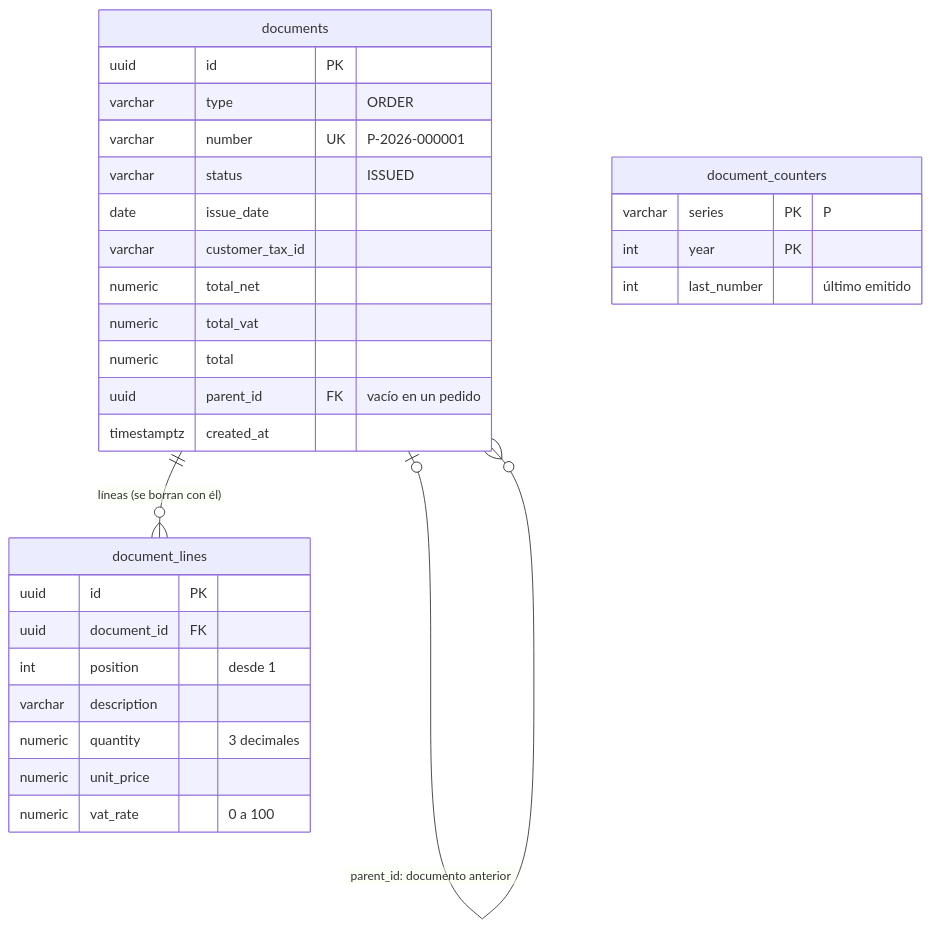
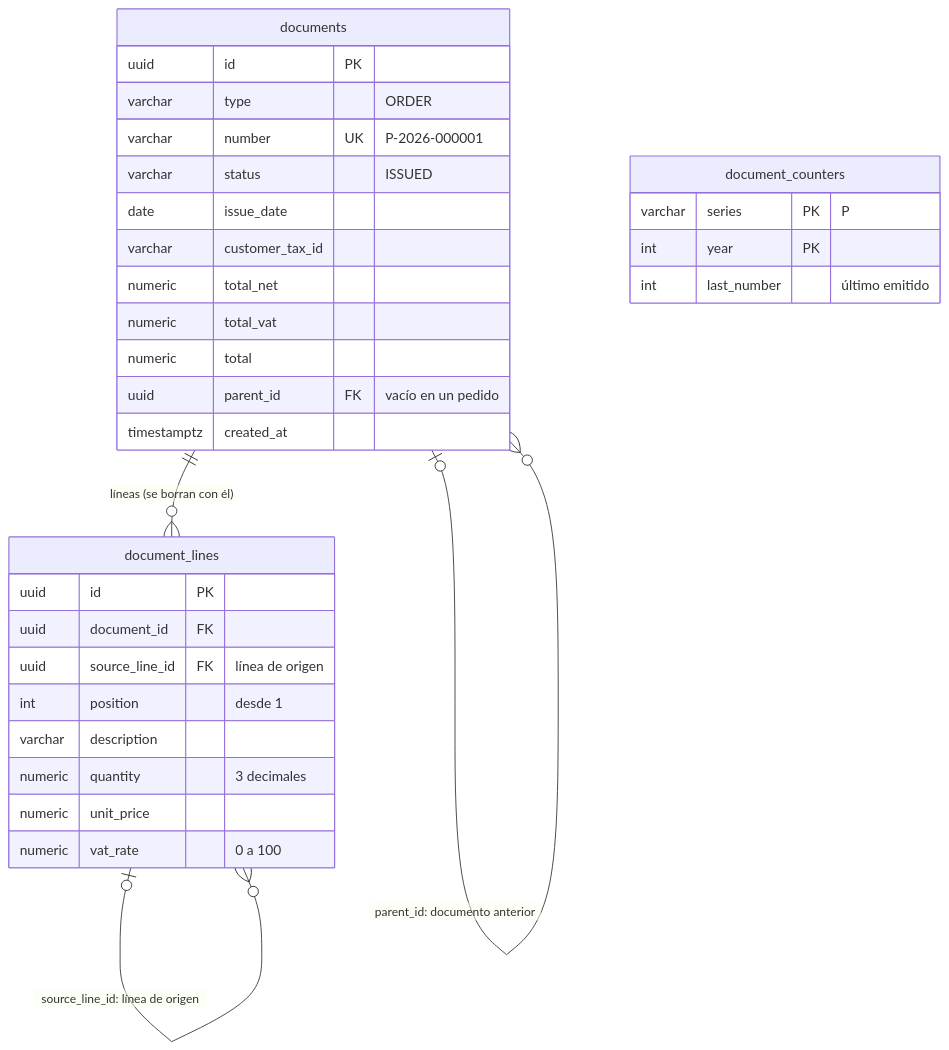
The diagram in docs/database.md (pablomatgom/verifactu-trace), drawn with Mermaid before and after one commit. The commit also changed other lines of this file and 21 other files, not shown here.

````diff
--- a/docs/database.md
+++ b/docs/database.md
@@ -54,33 +55,35 @@
 ```mermaid
 erDiagram
     documents ||--o{ document_lines : "líneas (se borran con él)"
+    document_lines |o--o{ document_lines : "source_line_id: línea de origen"
     documents |o--o{ documents : "parent_id: documento anterior"
 
     documents {
         uuid id PK
         varchar type "ORDER"
         varchar number UK "P-2026-000001"
         varchar status "ISSUED"
         date issue_date
         varchar customer_tax_id
         numeric total_net
         numeric total_vat
         numeric total
         uuid parent_id FK "vacío en un pedido"
         timestamptz created_at
     }
     document_lines {
         uuid id PK
         uuid document_id FK
+        uuid source_line_id FK "línea de origen"
         int position "desde 1"
         varchar description
         numeric quantity "3 decimales"
         numeric unit_price
         numeric vat_rate "0 a 100"
     }
     document_counters {
         varchar series PK "P"
         int year PK
         int last_number "último emitido"
     }
 ```
````
